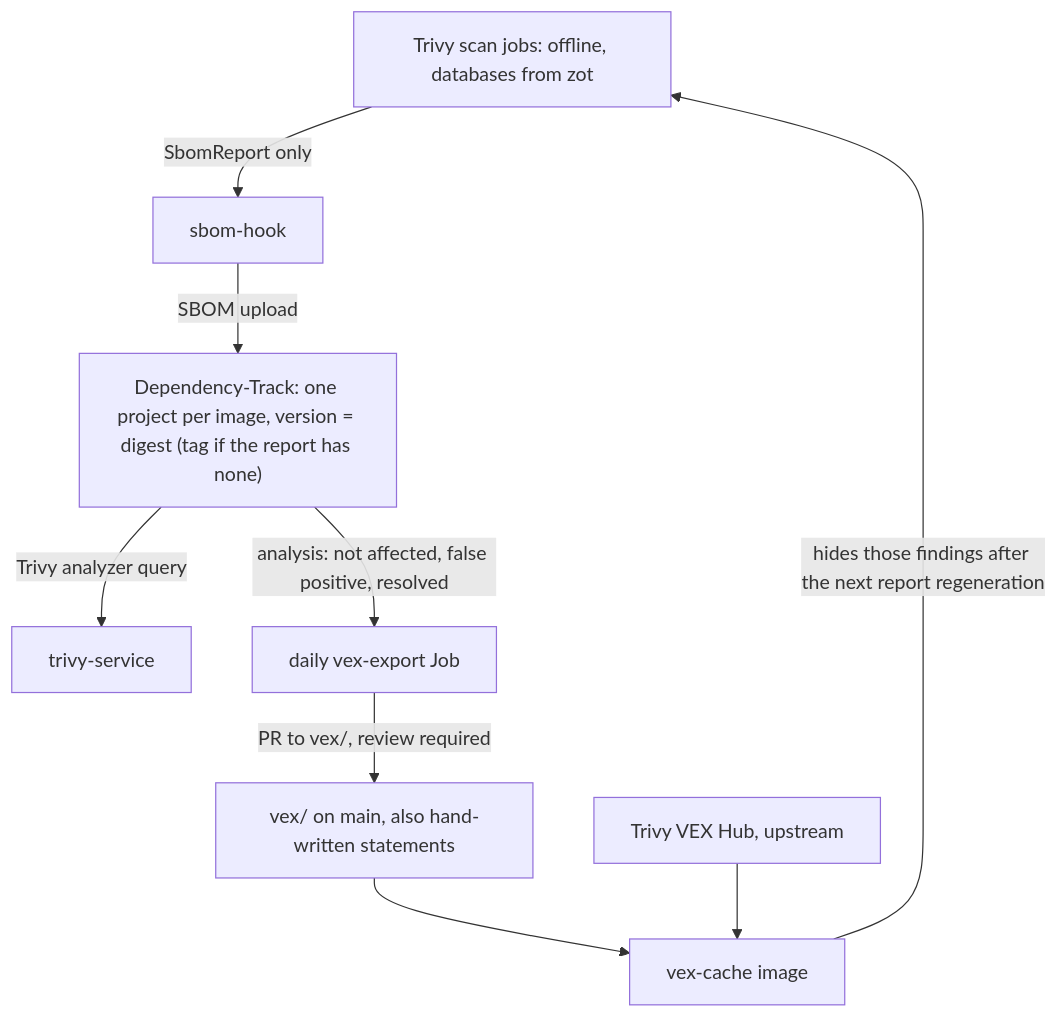
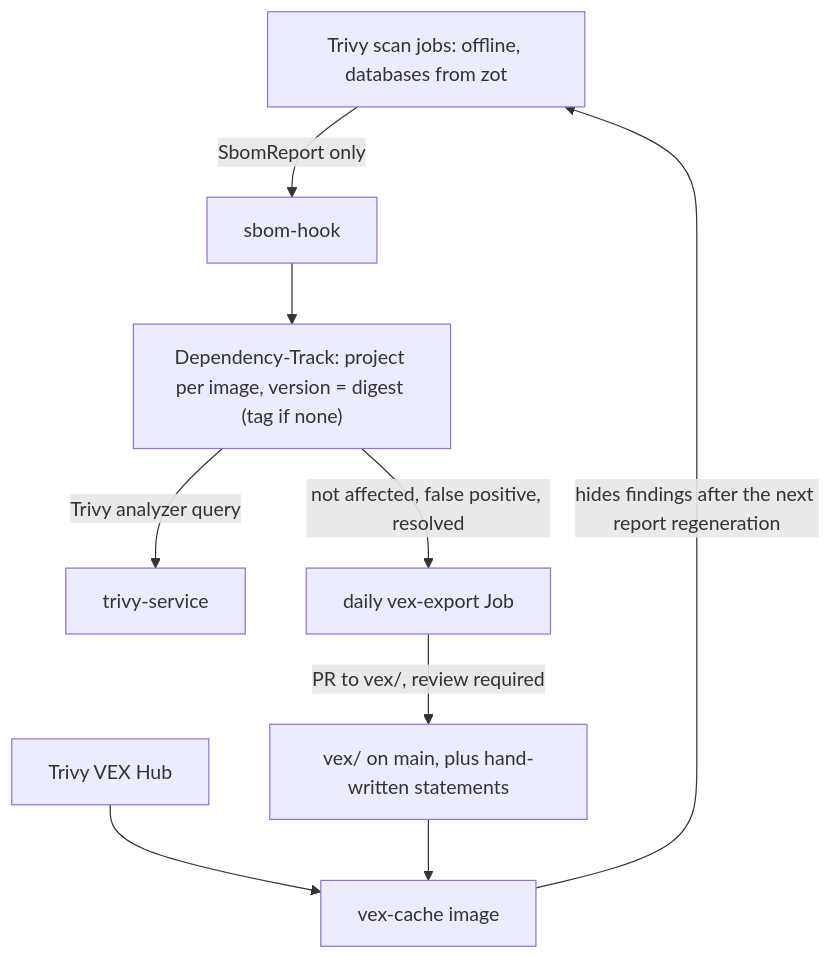
The diagram in docs/security.md (cthtrifork/talos-gitops), drawn with Mermaid before and after one commit. The commit also changed other lines of this file, not shown here.

````diff
--- a/docs/security.md
+++ b/docs/security.md
@@ -196,11 +140,11 @@
 ```mermaid
 flowchart TB
   trivy["Trivy scan jobs: offline, databases from zot"] -->|"SbomReport only"| hook[sbom-hook]
-  hook -->|"SBOM upload"| dt["Dependency-Track: one project per image, version = digest (tag if the report has none)"]
+  hook --> dt["Dependency-Track: project per image, version = digest (tag if none)"]
   dt -->|"Trivy analyzer query"| ts[trivy-service]
-  dt -->|"analysis: not affected, false positive, resolved"| vex["daily vex-export Job"]
-  vex -->|"PR to vex/, review required"| repo["vex/ on main, also hand-written statements"]
-  repo --> cache["vex-cache image"]
-  hub["Trivy VEX Hub, upstream"] --> cache
-  cache -->|"hides those findings after the next report regeneration"| trivy
+  dt -->|"not affected, false positive, resolved"| vex["daily vex-export Job"]
+  vex -->|"PR to vex/, review required"| repo["vex/ on main, plus hand-written statements"]
+  hub["Trivy VEX Hub"] --> cache["vex-cache image"]
+  repo --> cache
+  cache -->|"hides findings after the next report regeneration"| trivy
 ```
````
